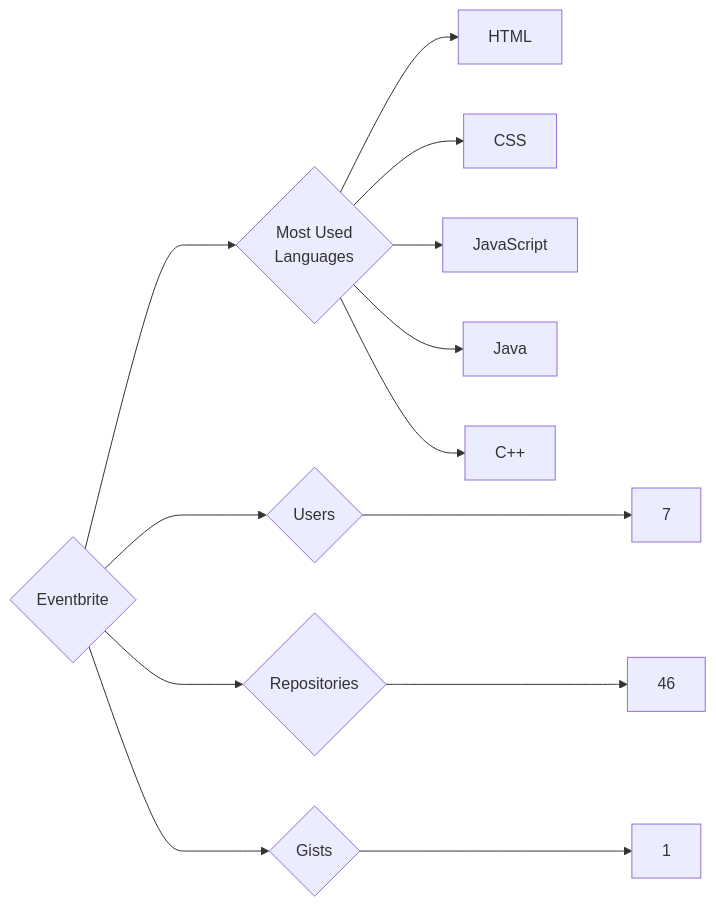
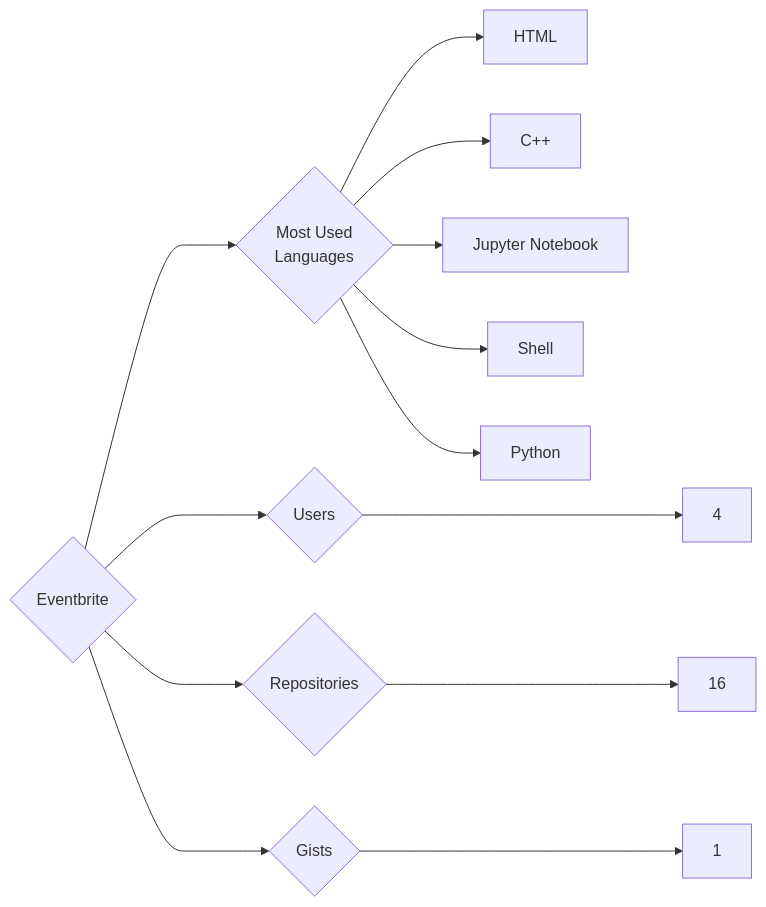
Before and after one commit to trickest/insiders: the diagram in targets/Eventbrite/README.md, drawn with Mermaid. The commit also changed 1212 other files, not shown here.

````diff
--- a/targets/Eventbrite/README.md
+++ b/targets/Eventbrite/README.md
@@ -3,13 +3,13 @@
 ```mermaid
 graph LR
 COMPANY_NAME{Eventbrite}
-COMPANY_NAME ---> U{Users} ---> UN[7]
-COMPANY_NAME ---> R{Repositories} ---> RN[46]
+COMPANY_NAME ---> U{Users} ---> UN[4]
+COMPANY_NAME ---> R{Repositories} ---> RN[16]
 COMPANY_NAME ---> G{Gists} ---> GN[1]
 COMPANY_NAME ---> ML{Most Used<br>Languages}
 ML --> HTML[HTML]
-ML --> CSS[CSS]
-ML --> JavaScript[JavaScript]
-ML --> Java[Java]
 ML --> C++[C++]
+ML --> Jupyter_Notebook[Jupyter Notebook]
+ML --> Shell[Shell]
+ML --> Python[Python]
 ```
````
